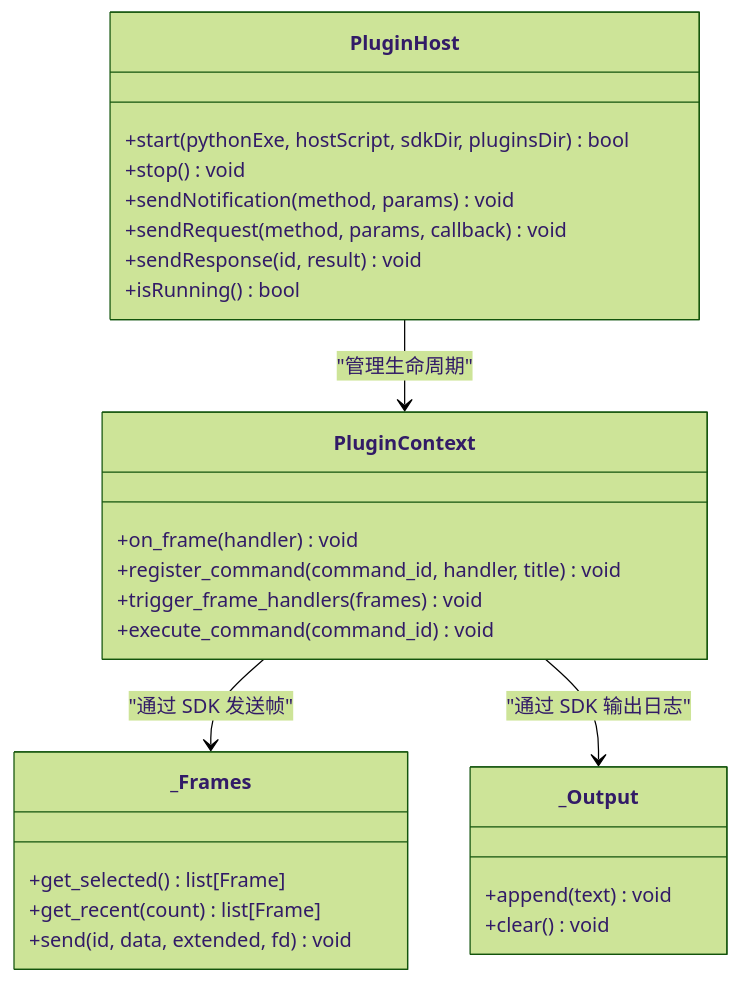
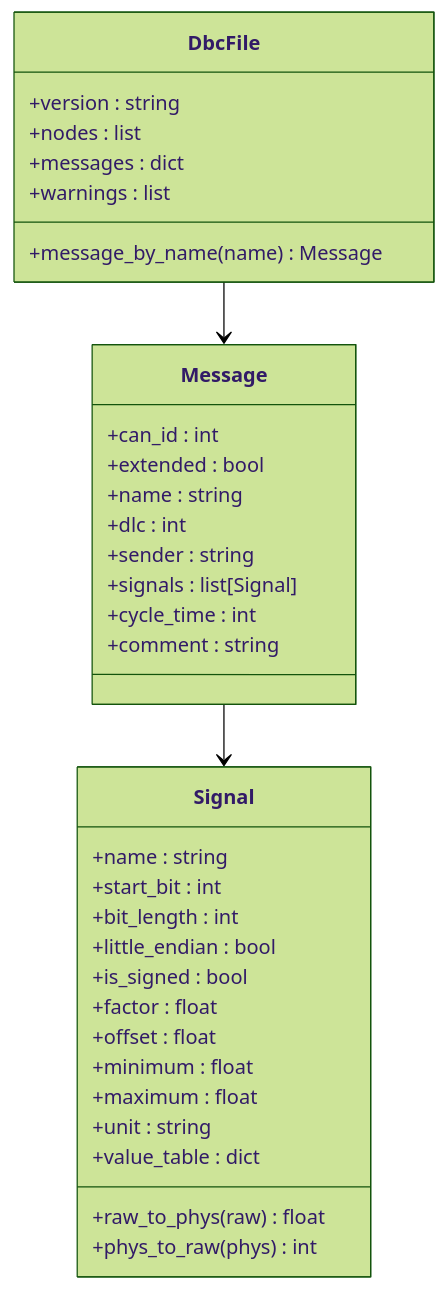
Before and after one commit to jakecai1225-design/OpenBus: the seventh of 8 diagrams in .qoder/repowiki/zh/content/开发指南/示例插件.md, drawn with Mermaid (forest theme). The commit also changed other lines of this file and 80 other files, not shown here.

Commit message:
graphic 优化

````diff
--- a/.qoder/repowiki/zh/content/开发指南/示例插件.md
+++ b/.qoder/repowiki/zh/content/开发指南/示例插件.md
@@ -291,29 +360,37 @@
 ```mermaid
 classDiagram
-class PluginHost {
-+start(pythonExe, hostScript, sdkDir, pluginsDir) bool
-+stop() void
-+sendNotification(method, params) void
-+sendRequest(method, params, callback) void
-+sendResponse(id, result) void
-+isRunning() bool
+class DbcFile {
++version : string
++nodes : list
++messages : dict
++warnings : list
++message_by_name(name) Message
 }
-class PluginContext {
-+on_frame(handler) void
-+register_command(command_id, handler, title) void
-+trigger_frame_handlers(frames) void
-+execute_command(command_id) void
+class Message {
++can_id : int
++extended : bool
++name : string
++dlc : int
++sender : string
++signals : list[Signal]
++cycle_time : int
++comment : string
 }
-class _Frames {
-+get_selected() list[Frame]
-+get_recent(count) list[Frame]
-+send(id, data, extended, fd) void
+class Signal {
++name : string
++start_bit : int
++bit_length : int
++little_endian : bool
++is_signed : bool
++factor : float
++offset : float
++minimum : float
++maximum : float
++unit : string
++value_table : dict
++raw_to_phys(raw) float
++phys_to_raw(phys) int
 }
-class _Output {
-+append(text) void
-+clear() void
-}
-PluginHost --> PluginContext : "管理生命周期"
-PluginContext --> _Frames : "通过 SDK 发送帧"
-PluginContext --> _Output : "通过 SDK 输出日志"
+DbcFile --> Message
+Message --> Signal
 ```
````
